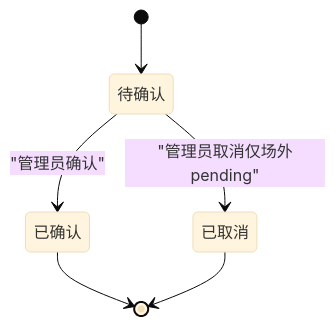
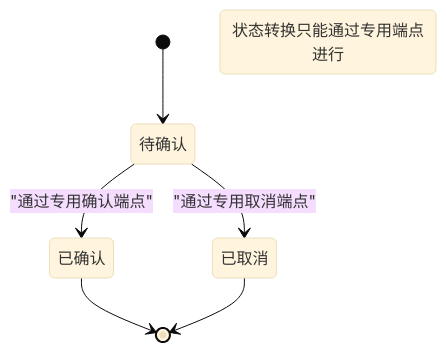
The fourth of 6 diagrams in .qoder/repowiki/zh/content/后端API文档/交易管理API.md (gujialind/InvestRing), drawn with Mermaid (base theme) before and after one commit. The commit also changed other lines of this file and 28 other files, not shown here.

````diff
--- a/.qoder/repowiki/zh/content/后端API文档/交易管理API.md
+++ b/.qoder/repowiki/zh/content/后端API文档/交易管理API.md
@@ -322,8 +323,9 @@
 ```mermaid
 stateDiagram-v2
 [*] --> 待确认
-待确认 --> 已确认 : "管理员确认"
-待确认 --> 已取消 : "管理员取消仅场外pending"
+待确认 --> 已确认 : "通过专用确认端点"
+待确认 --> 已取消 : "通过专用取消端点"
 已确认 --> [*]
 已取消 --> [*]
+注意 : 状态转换只能通过专用端点进行
 ```
````
